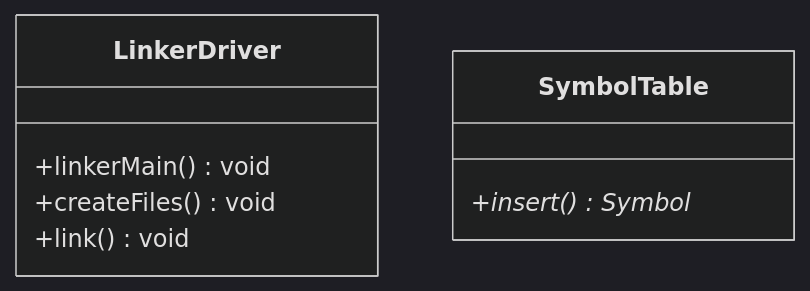
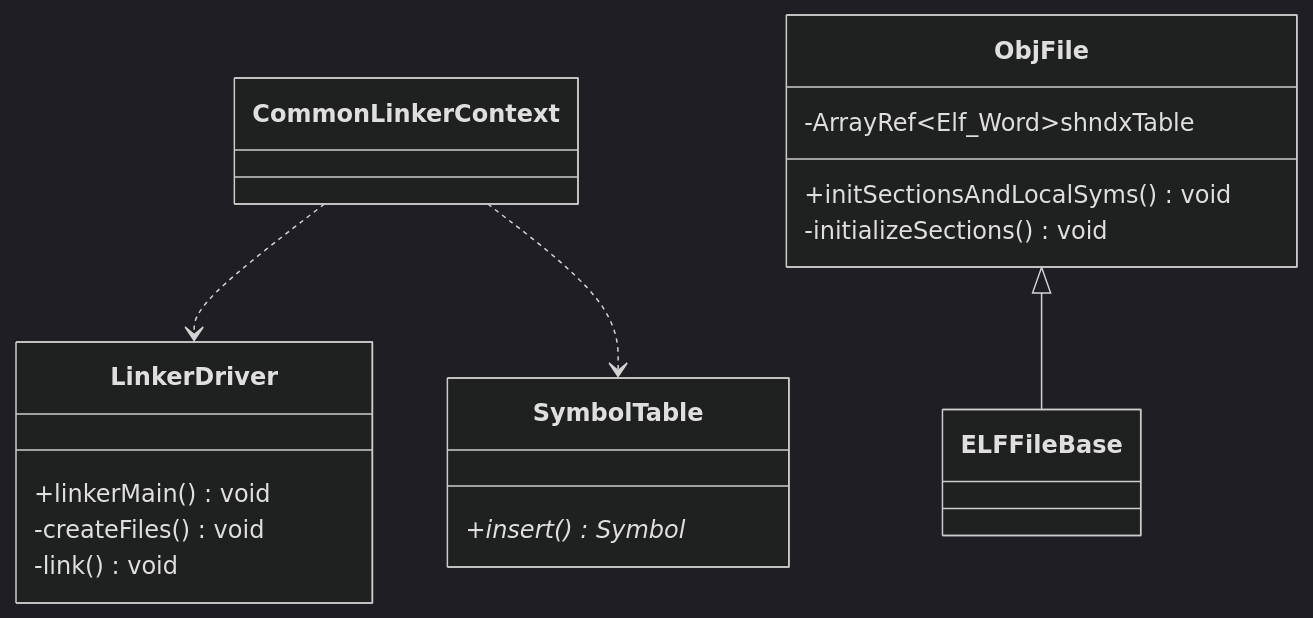
The second of 2 diagrams in compiler/llvm-note.md (acelyb/MY-NOTE), drawn with Mermaid (dark theme) before and after one commit. The commit also changed other lines of this file and 2 other files, not shown here.

````diff
--- a/compiler/llvm-note.md
+++ b/compiler/llvm-note.md
@@ -39,11 +63,30 @@
 ```mermaid
 classDiagram
-class LinkerDriver {
-    +linkerMain() void
-    +createFiles() void
-    +link() void
-}
-class SymbolTable {
-    +insert() Symbol *
-}
+    CommonLinkerContext ..> LinkerDriver
+    CommonLinkerContext ..> SymbolTable
+    ObjFile <|-- ELFFileBase
+
+    class CommonLinkerContext {
+
+    }
+
+    class LinkerDriver {
+        +linkerMain() void
+        -createFiles() void
+        -link() void
+    }
+
+    class SymbolTable {
+        +insert() Symbol *
+    }
+
+    class ELFFileBase {
+
+    }
+
+    class ObjFile {
+        -ArrayRef~Elf_Word~shndxTable
+        +initSectionsAndLocalSyms() void
+        -initializeSections() void
+    }
 ```
````
